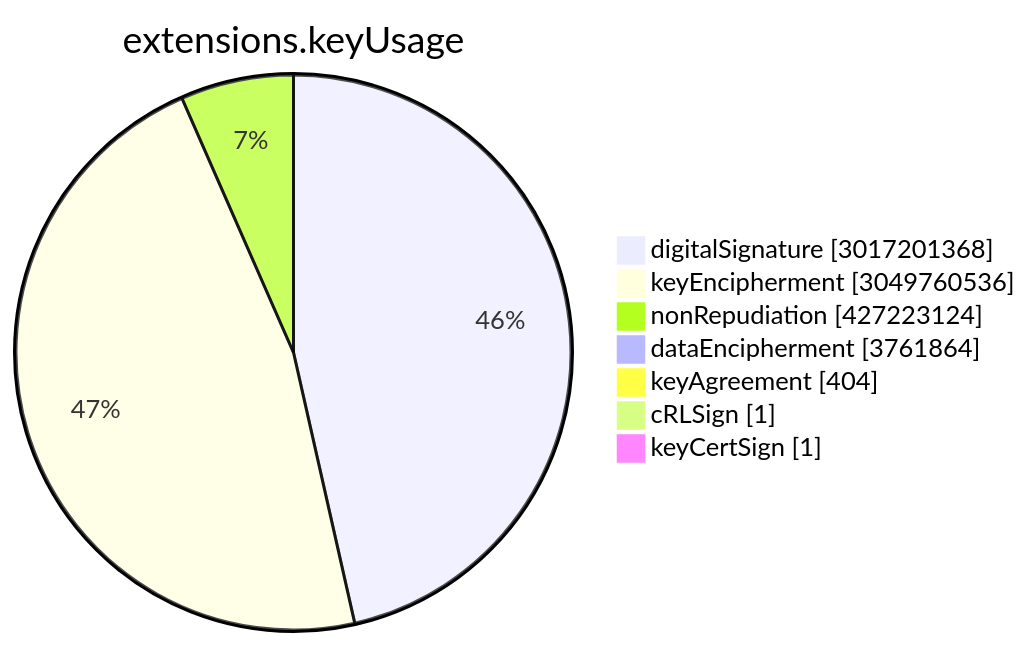
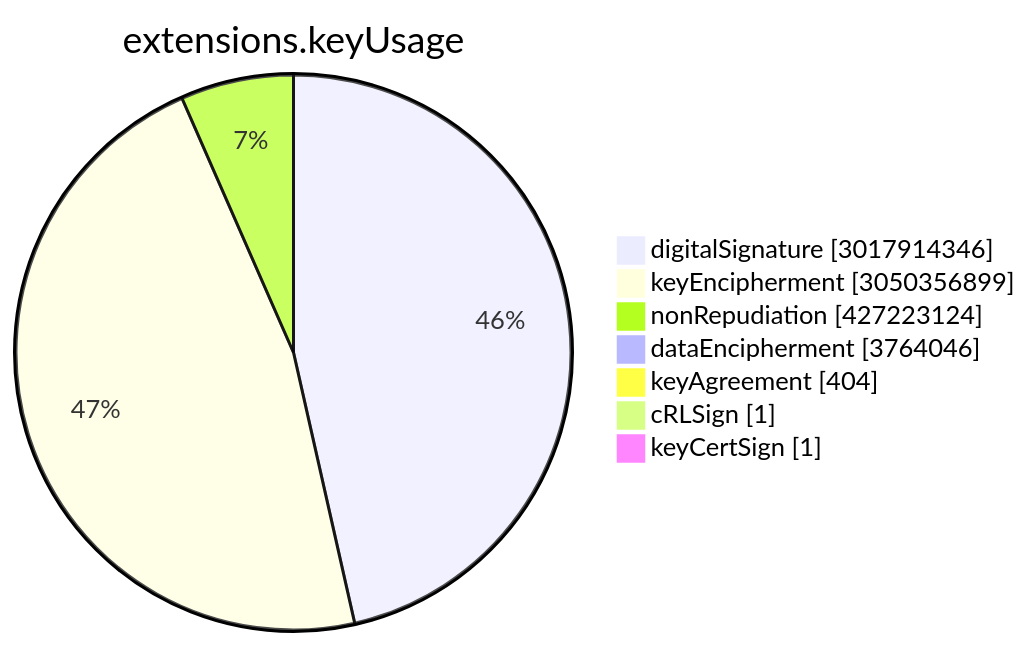
The sixth of 15 diagrams in TOTAL/README.md (christiankrug/ctmonitor_visualization), drawn with Mermaid before and after one commit. The commit also changed other lines of this file, not shown here.

````diff
--- a/TOTAL/README.md
+++ b/TOTAL/README.md
@@ -3077,11 +3077,11 @@
 ```mermaid
 pie showData
 title extensions.keyUsage
-"digitalSignature" :3017201368
-"keyEncipherment" :3049760536
+"digitalSignature" :3017914346
+"keyEncipherment" :3050356899
 "nonRepudiation" :427223124
-"dataEncipherment" :3761864
+"dataEncipherment" :3764046
 "keyAgreement" :404
 "cRLSign" :1
 "keyCertSign" :1
 ```
````
